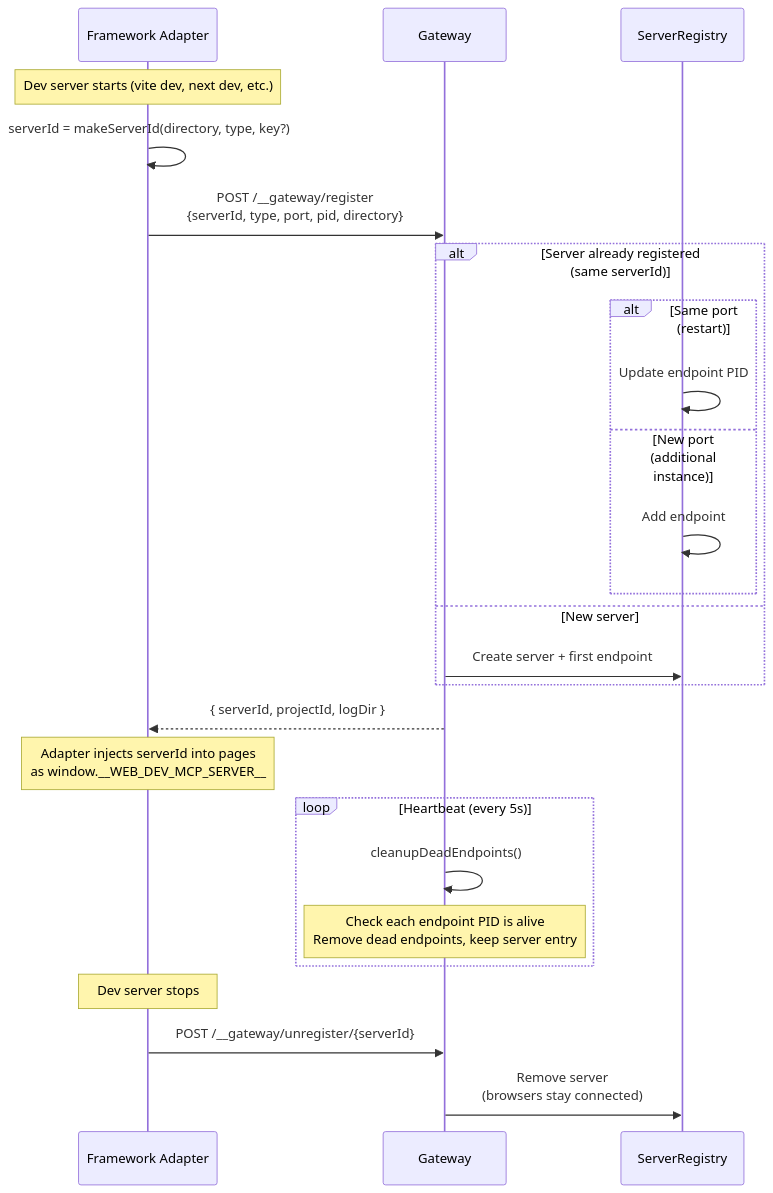
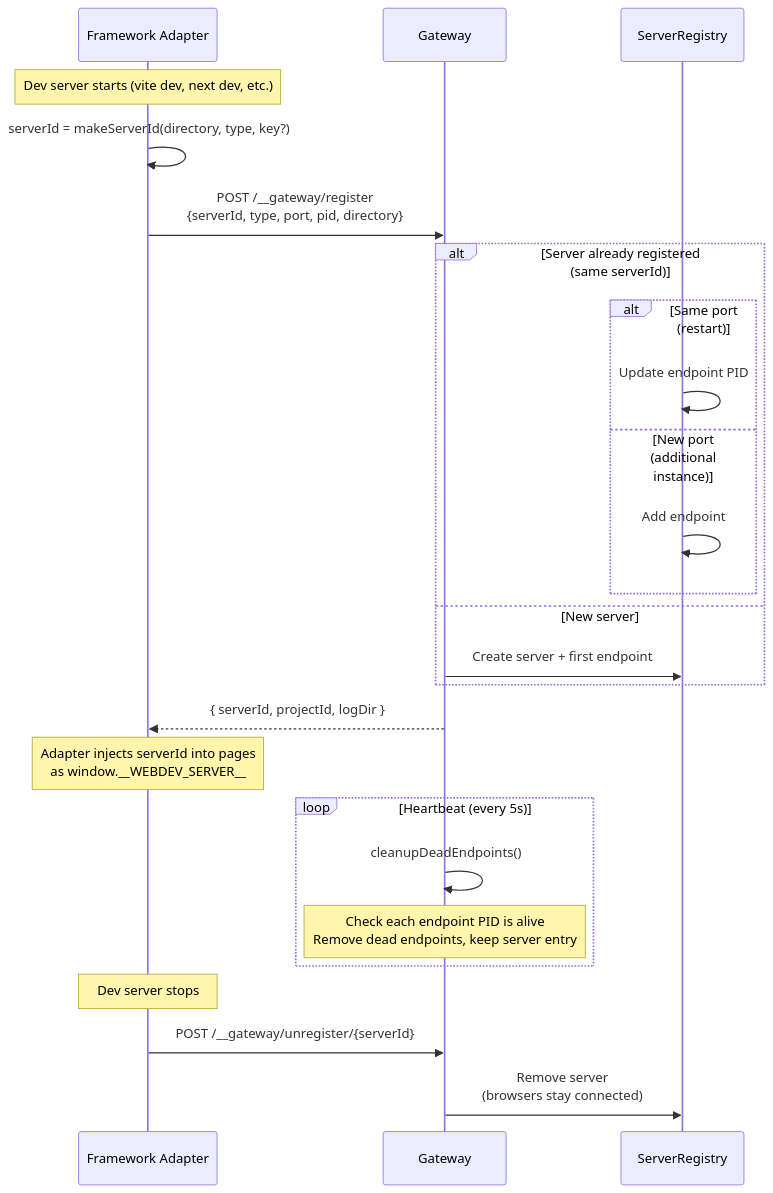
Before and after one commit to WinstonFassett/webdev-ai: the fourth of 8 diagrams in docs/architecture.md, drawn with Mermaid. The commit also changed other lines of this file and 4 other files, not shown here.

First line of the commit message:
Fix documentation naming: webdev-mcp → webdev

````diff
--- a/docs/architecture.md
+++ b/docs/architecture.md
@@ -159,34 +159,34 @@
 ```mermaid
 sequenceDiagram
     participant Adapter as Framework Adapter
     participant Gateway
     participant Registry as ServerRegistry
 
     Note over Adapter: Dev server starts (vite dev, next dev, etc.)
 
     Adapter->>Adapter: serverId = makeServerId(directory, type, key?)
     Adapter->>Gateway: POST /__gateway/register<br/>{serverId, type, port, pid, directory}
     
     alt Server already registered (same serverId)
         alt Same port (restart)
             Registry->>Registry: Update endpoint PID
         else New port (additional instance)
             Registry->>Registry: Add endpoint
         end
     else New server
         Gateway->>Registry: Create server + first endpoint
     end
 
     Gateway-->>Adapter: { serverId, projectId, logDir }
 
-    Note over Adapter: Adapter injects serverId into pages<br/>as window.__WEB_DEV_MCP_SERVER__
+    Note over Adapter: Adapter injects serverId into pages<br/>as window.__WEBDEV_SERVER__
 
     loop Heartbeat (every 5s)
         Gateway->>Gateway: cleanupDeadEndpoints()
         Note over Gateway: Check each endpoint PID is alive<br/>Remove dead endpoints, keep server entry
     end
 
     Note over Adapter: Dev server stops
     Adapter->>Gateway: POST /__gateway/unregister/{serverId}
     Gateway->>Registry: Remove server<br/>(browsers stay connected)
 ```
````
